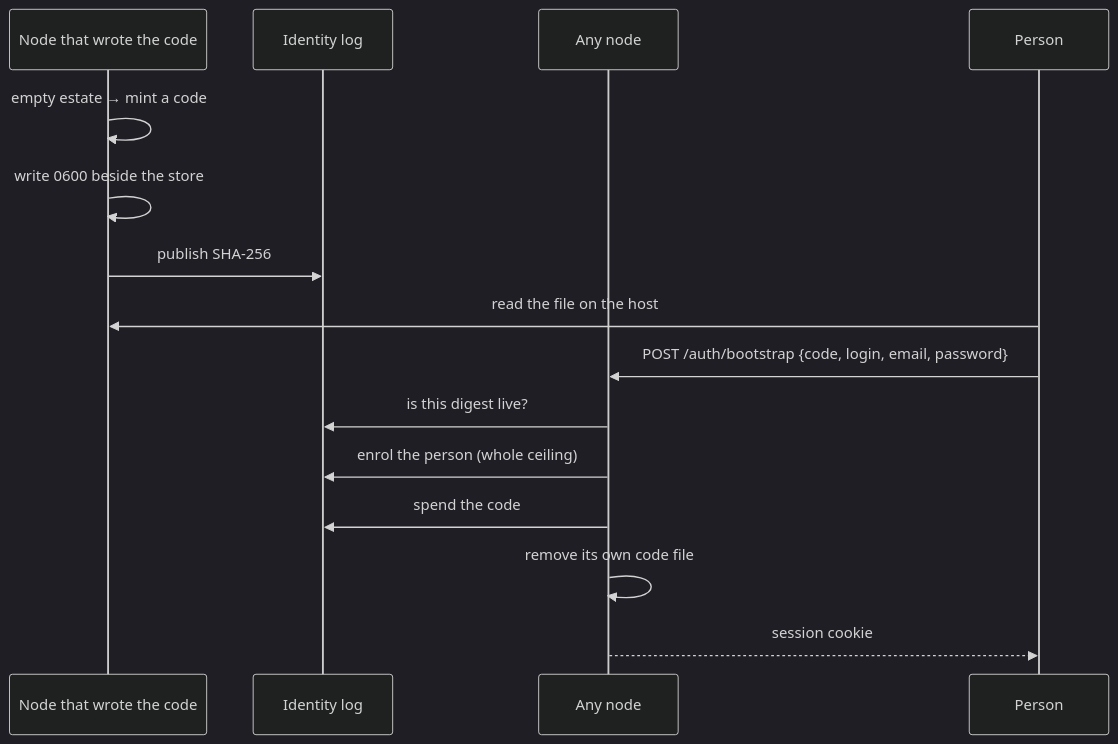
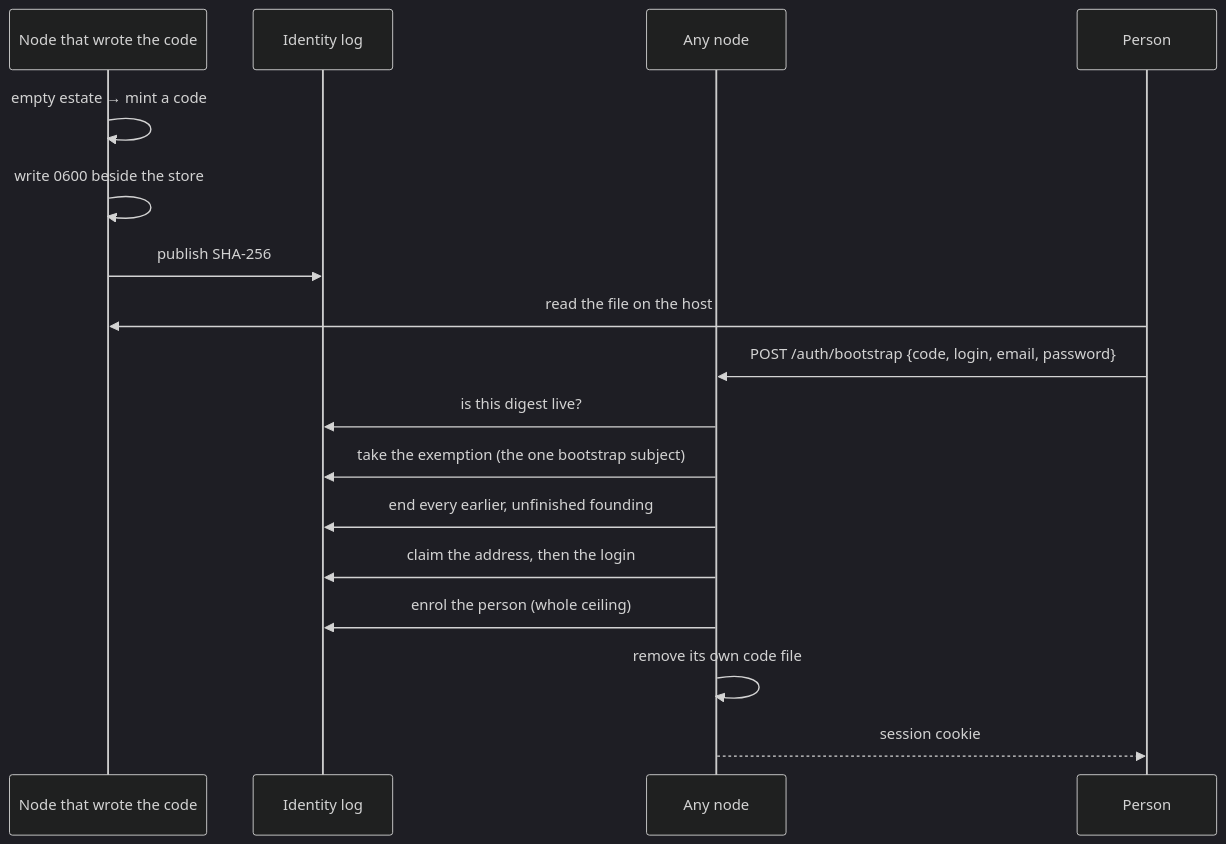
One commit to crewlet/crewlet changed the second of 2 diagrams in docs/concepts/identity-and-access.md. Above: the diagram before and after it, drawn with Mermaid (dark theme). The commit also changed other lines of this file and 28 other files, not shown here.

````diff
--- a/docs/concepts/identity-and-access.md
+++ b/docs/concepts/identity-and-access.md
@@ -384,17 +387,19 @@
 ```mermaid
 sequenceDiagram
     participant Node as Node that wrote the code
     participant Log as Identity log
     participant Any as Any node
     participant Person
     Node->>Node: empty estate → mint a code
     Node->>Node: write 0600 beside the store
     Node->>Log: publish SHA-256
     Person->>Node: read the file on the host
     Person->>Any: POST /auth/bootstrap {code, login, email, password}
     Any->>Log: is this digest live?
+    Any->>Log: take the exemption (the one bootstrap subject)
+    Any->>Log: end every earlier, unfinished founding
+    Any->>Log: claim the address, then the login
     Any->>Log: enrol the person (whole ceiling)
-    Any->>Log: spend the code
     Any->>Any: remove its own code file
     Any-->>Person: session cookie
 ```
````
